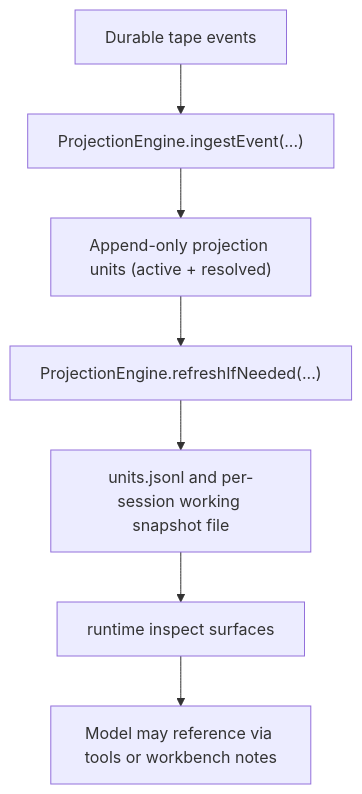
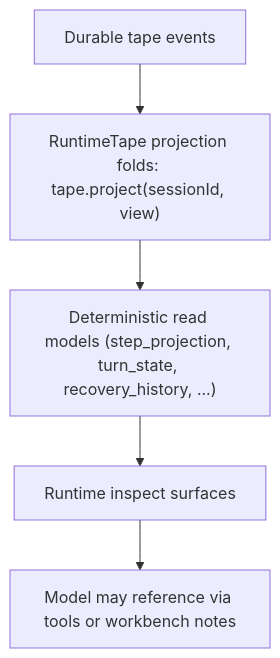
Before and after one commit to arcthur/brewva: the diagram in docs/reference/working-projection.md, drawn with Mermaid. The commit also changed other lines of this file and 121 other files, not shown here.

````diff
--- a/docs/reference/working-projection.md
+++ b/docs/reference/working-projection.md
@@ -47,9 +46,7 @@
 ```mermaid
 flowchart TD
-  A["Durable tape events"] --> B["ProjectionEngine.ingestEvent(...)"]
-  B --> C["Append-only projection units (active + resolved)"]
-  C --> D["ProjectionEngine.refreshIfNeeded(...)"]
-  D --> E["units.jsonl and per-session working snapshot file"]
-  E --> F["runtime inspect surfaces"]
-  F --> G["Model may reference via tools or workbench notes"]
+  A["Durable tape events"] --> B["RuntimeTape projection folds: tape.project(sessionId, view)"]
+  B --> C["Deterministic read models (step_projection, turn_state, recovery_history, ...)"]
+  C --> D["Runtime inspect surfaces"]
+  D --> E["Model may reference via tools or workbench notes"]
 ```
````
